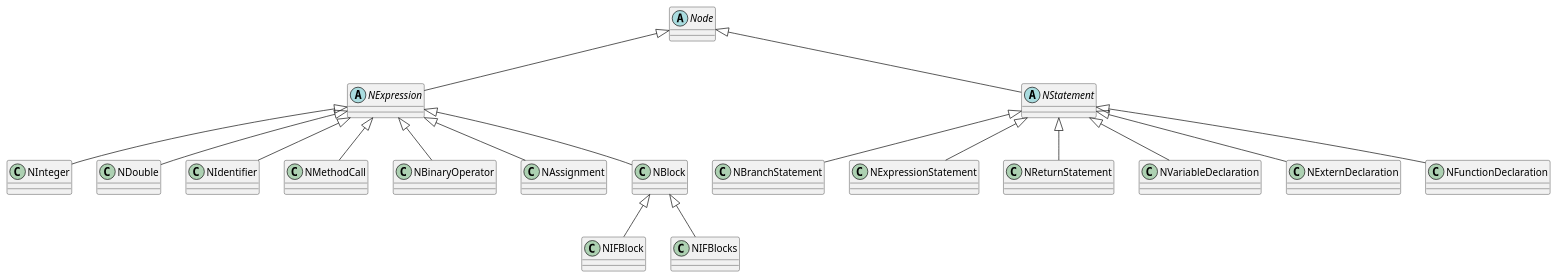
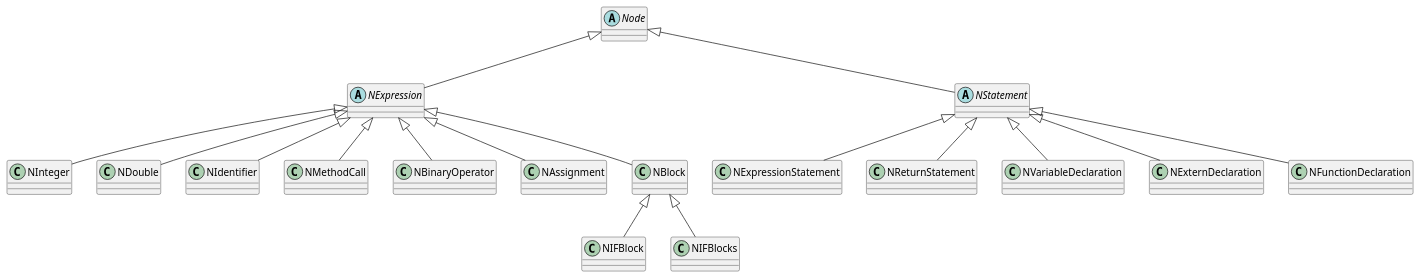
The first of 3 diagrams in content/2023/04/06/Writing-a-compiler-branch-and-loop.org (tengwu/tengwu.github.io), drawn with PlantUML before and after one commit. The commit also changed other lines of this file and 4 other files, not shown here.

```diff
--- a/content/2023/04/06/Writing-a-compiler-branch-and-loop.org
+++ b/content/2023/04/06/Writing-a-compiler-branch-and-loop.org
@@ -16,44 +16,42 @@
  #+BEGIN_SRC plantuml :exports results :file ../../../../static/images/arch_v0.png
    @startuml
    abstract class "Node"
    abstract class "NExpression"
    abstract class "NStatement"
    class NInteger
    class NDouble
    class NIdentifier
    class NInteger
    class NMethodCall
    class NBinaryOperator
    class NAssignment
    class NBlock
    class NIFBlock
    class NIFBlocks
-   class NBranchStatement
    class NExpressionStatement
    class NReturnStatement
    class NVariableDeclaration
    class NExternDeclaration
    class NFunctionDeclaration
 
    Node <|-- NExpression
    Node <|-- NStatement
 
    NExpression <|-- NInteger
    NExpression <|-- NDouble
    NExpression <|-- NIdentifier
    NExpression <|-- NMethodCall
    NExpression <|-- NBinaryOperator
    NExpression <|-- NAssignment
    NExpression <|-- NBlock
 
    NBlock <|-- NIFBlock
    NBlock <|-- NIFBlocks
 
-   NStatement <|-- NBranchStatement
    NStatement <|-- NExpressionStatement
    NStatement <|-- NReturnStatement
    NStatement <|-- NVariableDeclaration
    NStatement <|-- NExternDeclaration
    NStatement <|-- NFunctionDeclaration
    @enduml
  #+END_SRC
```
